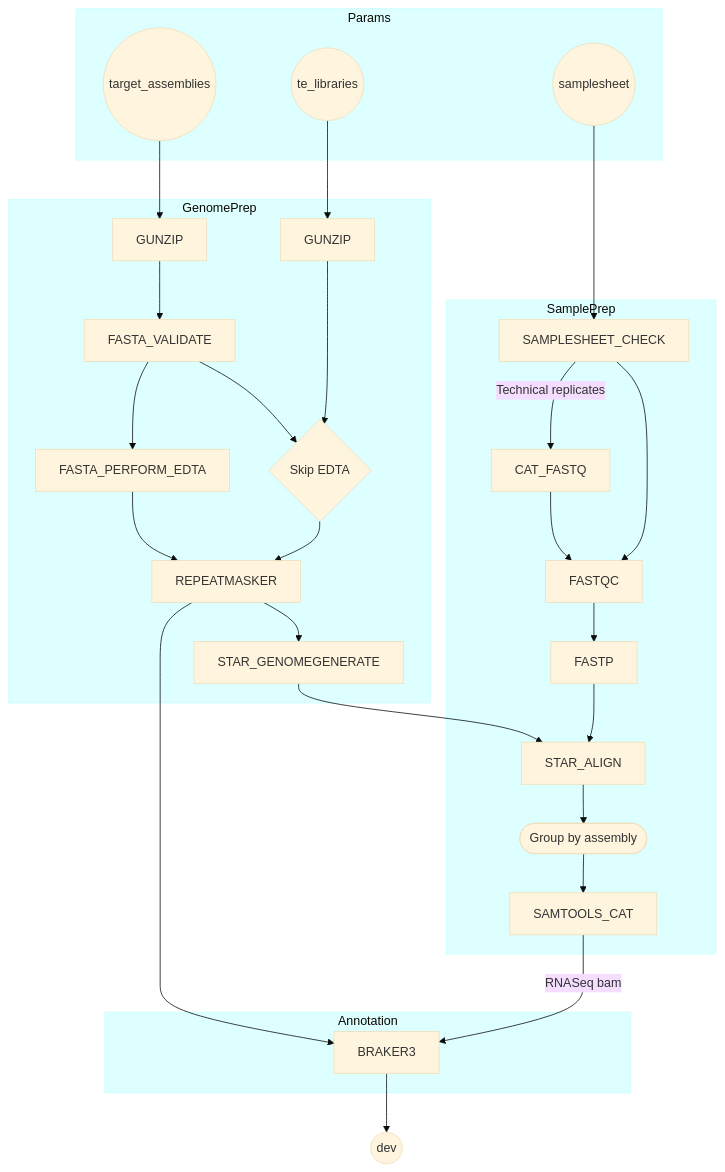
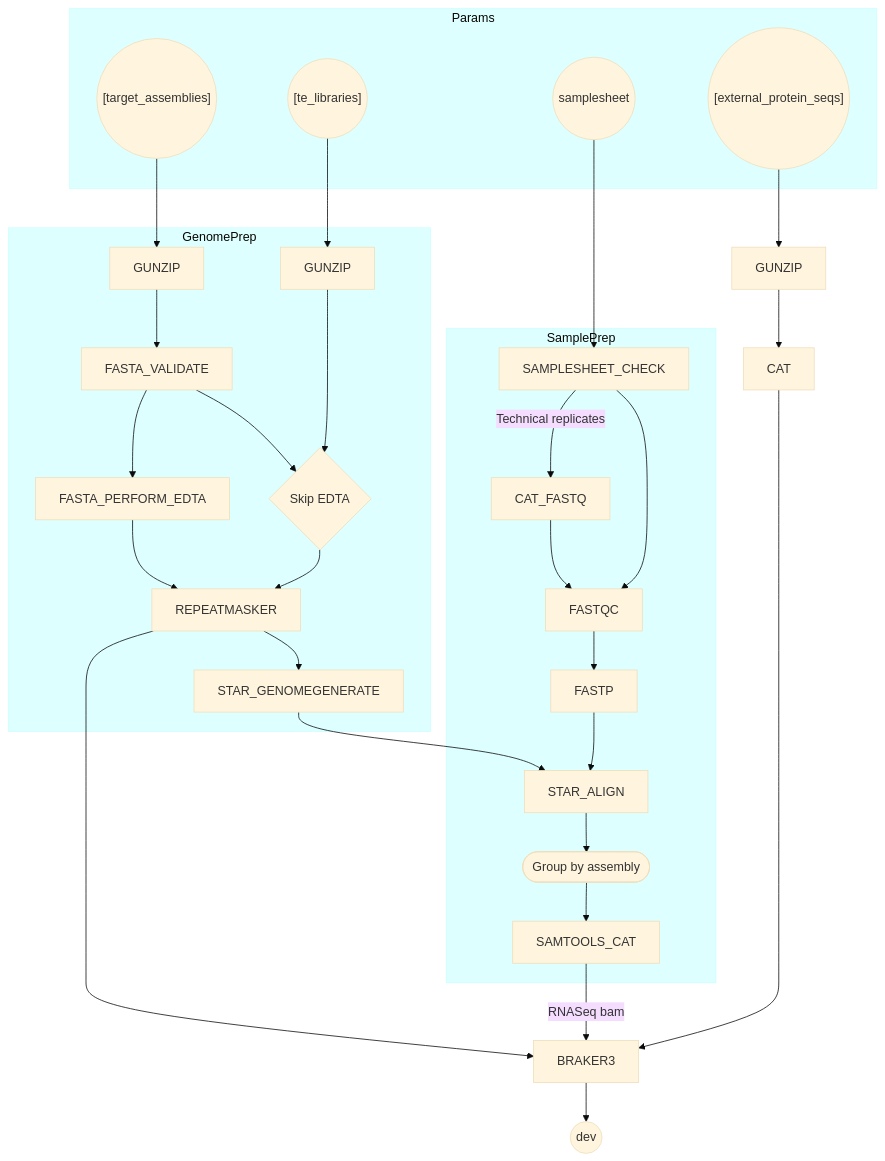
One commit to rosscrowhurst/genepal changed the diagram in README.md. Above: the diagram before and after it, drawn with Mermaid (base theme).

````diff
--- a/README.md
+++ b/README.md
@@ -6,69 +6,72 @@
 ```mermaid
 flowchart TD
-    TARGET_ASSEMBLIES((target_assemblies))
-    TE_LIBRARIES((te_libraries))
+    TARGET_ASSEMBLIES(("[target_assemblies]"))
+    TE_LIBRARIES(("[te_libraries]"))
     SAMPLESHEET((samplesheet))
+    EXTERNAL_PROTEIN_SEQS(("[external_protein_seqs]"))
+    
+    GUNZIP_PROT[GUNZIP]
     GUNZIP_TE[GUNZIP]
     SKIP_EDTA{Skip EDTA}
     pend((dev))
     
     TARGET_ASSEMBLIES --> GUNZIP
     GUNZIP --> FASTA_VALIDATE
     FASTA_VALIDATE --> FASTA_PERFORM_EDTA
     FASTA_VALIDATE --> SKIP_EDTA
     
     TE_LIBRARIES --> GUNZIP_TE
     GUNZIP_TE --> SKIP_EDTA
     SKIP_EDTA --> REPEATMASKER
     FASTA_PERFORM_EDTA --> REPEATMASKER
     REPEATMASKER --> BRAKER3
     REPEATMASKER --> STAR_GENOMEGENERATE
 
     SAMPLESHEET --> SAMPLESHEET_CHECK
     SAMPLESHEET_CHECK --> |Technical replicates|CAT_FASTQ
     CAT_FASTQ --> FASTQC
     SAMPLESHEET_CHECK --> FASTQC
     FASTQC --> FASTP
     FASTP --> STAR_ALIGN
     STAR_GENOMEGENERATE --> STAR_ALIGN
     STAR_ALIGN --> GROUP_BY_ASSEMBLY([Group by assembly])
     GROUP_BY_ASSEMBLY --> SAMTOOLS_CAT
     SAMTOOLS_CAT --> |RNASeq bam|BRAKER3
 
+    EXTERNAL_PROTEIN_SEQS --> GUNZIP_PROT
+    GUNZIP_PROT --> CAT
+    CAT --> BRAKER3
+    
     BRAKER3 --> pend
 
     subgraph Params
     TARGET_ASSEMBLIES
     TE_LIBRARIES
     SAMPLESHEET
+    EXTERNAL_PROTEIN_SEQS
     end
 
     subgraph GenomePrep
     GUNZIP
     FASTA_VALIDATE
     GUNZIP_TE
     FASTA_PERFORM_EDTA
     SKIP_EDTA
     REPEATMASKER
     STAR_GENOMEGENERATE
     end
 
     subgraph SamplePrep
     SAMPLESHEET_CHECK
     CAT_FASTQ
     FASTQC
     FASTP
     STAR_ALIGN
     GROUP_BY_ASSEMBLY
     SAMTOOLS_CAT
     end
 
-    subgraph Annotation
-    BRAKER3
-    end
-
     style Params fill:#00FFFF21,stroke:#00FFFF21
     style GenomePrep fill:#00FFFF21,stroke:#00FFFF21
     style SamplePrep fill:#00FFFF21,stroke:#00FFFF21
-    style Annotation fill:#00FFFF21,stroke:#00FFFF21
 ```
````
